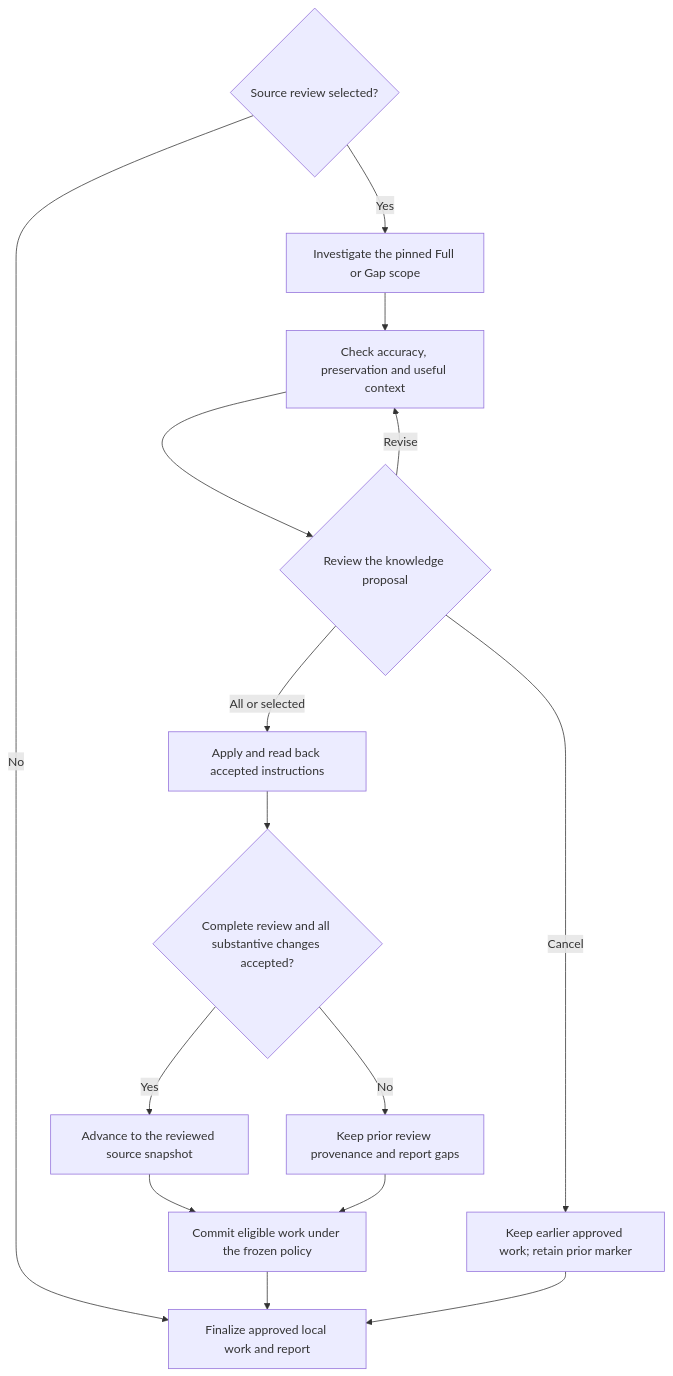
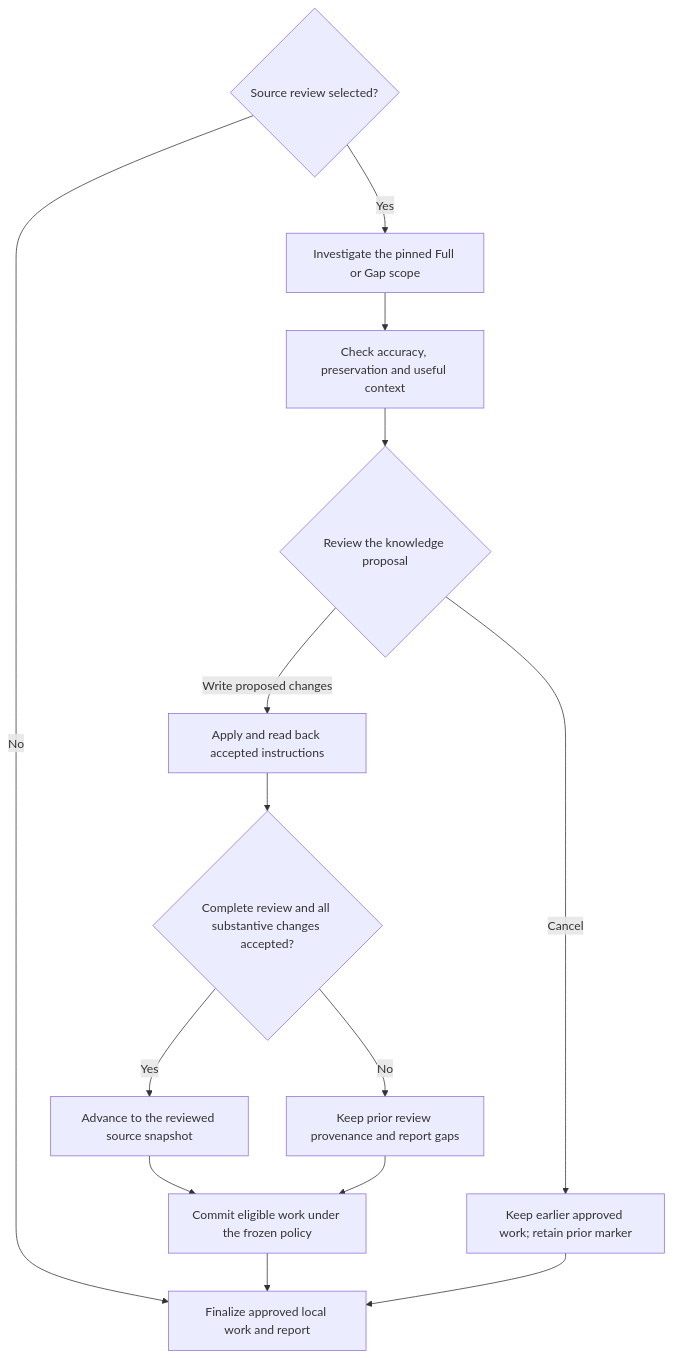
Before and after one commit to myowinthein/agent-helm: the second of 2 diagrams in docs/commands/log/detailed.md, drawn with Mermaid. The commit also changed other lines of this file and 4 other files, not shown here.

````diff
--- a/docs/commands/log/detailed.md
+++ b/docs/commands/log/detailed.md
@@ -39,17 +39,16 @@
 ```mermaid
 flowchart TD
   Scope{"Source review selected?"} -->|No| Finish["Finalize approved local work and report"]
   Scope -->|Yes| Scan["Investigate the pinned Full or Gap scope"]
   Scan --> Audit["Check accuracy, preservation and useful context"]
   Audit --> Review{"Review the knowledge proposal"}
-  Review -->|Revise| Audit
   Review -->|Cancel| Keep["Keep earlier approved work; retain prior marker"]
-  Review -->|All or selected| Apply["Apply and read back accepted instructions"]
+  Review -->|Write proposed changes| Apply["Apply and read back accepted instructions"]
   Apply --> Complete{"Complete review and all substantive changes accepted?"}
   Complete -->|Yes| Marker["Advance to the reviewed source snapshot"]
   Complete -->|No| Prior["Keep prior review provenance and report gaps"]
   Marker --> Commit["Commit eligible work under the frozen policy"]
   Prior --> Commit
   Commit --> Finish
   Keep --> Finish
 ```
````
